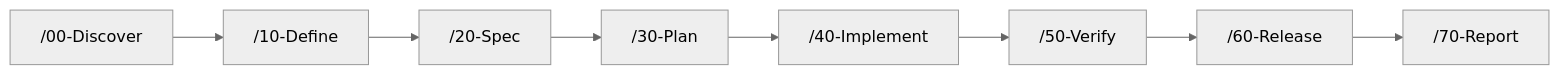
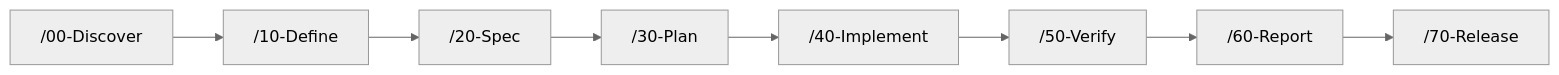
The first of 5 diagrams in USAGE.md (Jakkrich/nexus-devflow), drawn with Mermaid (neutral theme) before and after one commit. The commit also changed other lines of this file and 89 other files, not shown here.

````diff
--- a/USAGE.md
+++ b/USAGE.md
@@ -103,4 +128,4 @@
 ```mermaid
 flowchart LR
-    D00["/00-Discover"] --> D10["/10-Define"] --> D20["/20-Spec"] --> D30["/30-Plan"] --> D40["/40-Implement"] --> D50["/50-Verify"] --> D60["/60-Release"] --> D70["/70-Report"]
+    D00["/00-Discover"] --> D10["/10-Define"] --> D20["/20-Spec"] --> D30["/30-Plan"] --> D40["/40-Implement"] --> D50["/50-Verify"] --> D60["/60-Report"] --> D70["/70-Release"]
 ```
````
